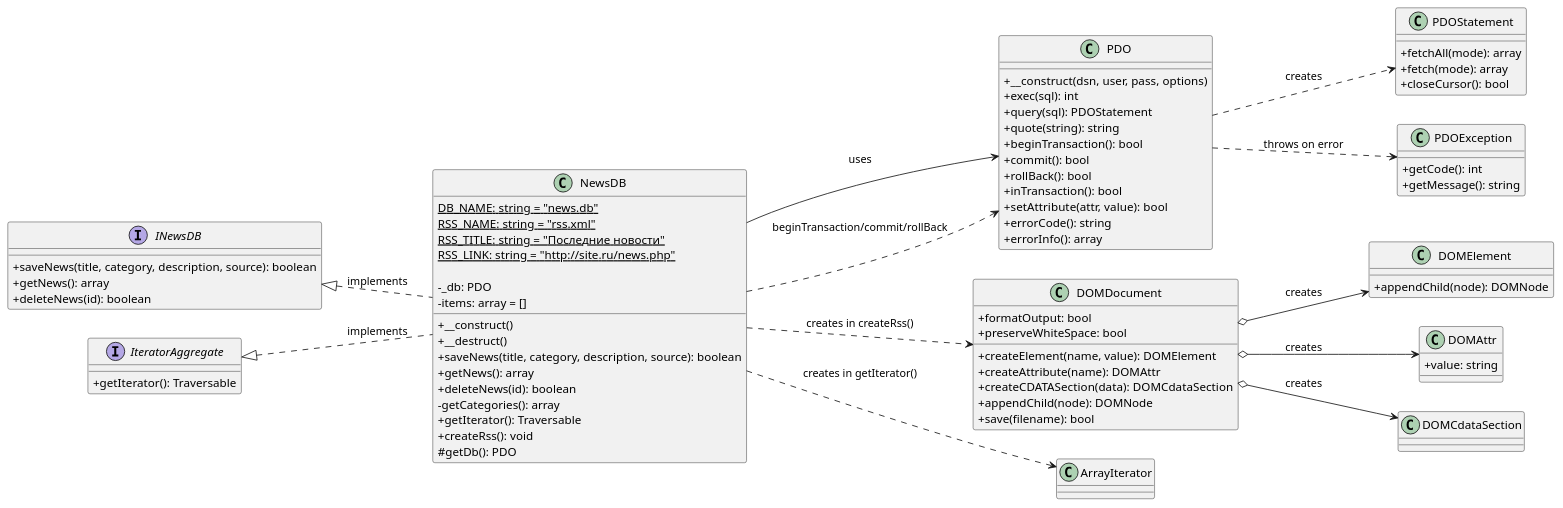
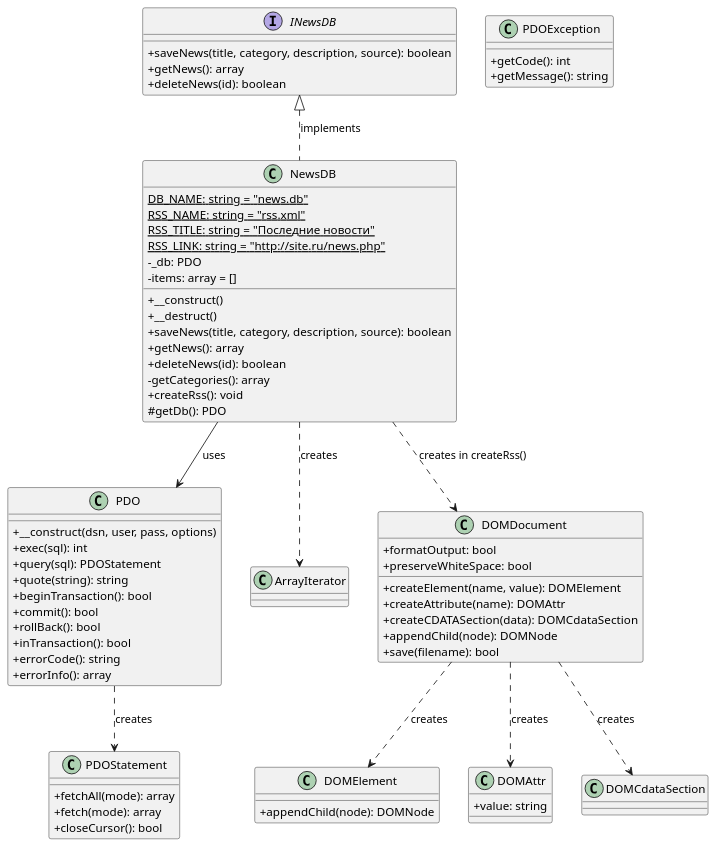
The diagram in lab6/lab6.puml (KapustinaLera/web), drawn with PlantUML before and after one commit.

```diff
--- a/lab6/lab6.puml
+++ b/lab6/lab6.puml
@@ -1,102 +1,88 @@
 @startuml Lab6_PDO
 skinparam classAttributeIconSize 0
-left to right direction
 
 interface INewsDB {
   +saveNews(title, category, description, source): boolean
   +getNews(): array
   +deleteNews(id): boolean
 }
 
-interface IteratorAggregate {
-  +getIterator(): Traversable
-}
-
 class NewsDB {
   {static} DB_NAME: string = "news.db"
   {static} RSS_NAME: string = "rss.xml"
   {static} RSS_TITLE: string = "Последние новости"
   {static} RSS_LINK: string = "http://site.ru/news.php"
-  
   -_db: PDO
   -items: array = []
-  
   +__construct()
   +__destruct()
   +saveNews(title, category, description, source): boolean
   +getNews(): array
   +deleteNews(id): boolean
   -getCategories(): array
-  +getIterator(): Traversable
   +createRss(): void
   #getDb(): PDO
 }
 
 class PDO {
   +__construct(dsn, user, pass, options)
   +exec(sql): int
   +query(sql): PDOStatement
   +quote(string): string
   +beginTransaction(): bool
   +commit(): bool
   +rollBack(): bool
   +inTransaction(): bool
-  +setAttribute(attr, value): bool
   +errorCode(): string
   +errorInfo(): array
 }
 
 class PDOStatement {
   +fetchAll(mode): array
   +fetch(mode): array
   +closeCursor(): bool
 }
 
 class PDOException {
   +getCode(): int
   +getMessage(): string
 }
+
+class ArrayIterator
 
 class DOMDocument {
   +formatOutput: bool
   +preserveWhiteSpace: bool
   +createElement(name, value): DOMElement
   +createAttribute(name): DOMAttr
   +createCDATASection(data): DOMCdataSection
   +appendChild(node): DOMNode
   +save(filename): bool
 }
 
 class DOMElement {
   +appendChild(node): DOMNode
 }
 
 class DOMAttr {
   +value: string
 }
 
 class DOMCdataSection
 
-class ArrayIterator
+INewsDB <|.. NewsDB : implements
 
-' Реализация интерфейсов
-INewsDB <|.. NewsDB : implements
-IteratorAggregate <|.. NewsDB : implements
-
+' NewsDB использует PDO вместо SQLite3
 NewsDB --> PDO : uses
 PDO ..> PDOStatement : creates
-PDO ..> PDOException : throws on error
 
-' Транзакции в конструкторе
-NewsDB ..> PDO : beginTransaction/commit/rollBack
+' Создание итератора для категорий
+NewsDB ..> ArrayIterator : creates
 
-' Итераторы
-NewsDB ..> ArrayIterator : creates in getIterator()
-
-' RSS через DOM (из 5-й лабы)
+' Создание RSS через DOM
 NewsDB ..> DOMDocument : creates in createRss()
-DOMDocument o--> DOMElement : creates
-DOMDocument o--> DOMAttr : creates
-DOMDocument o--> DOMCdataSection : creates
+DOMDocument ..> DOMElement : creates
+DOMDocument ..> DOMAttr : creates
+DOMDocument ..> DOMCdataSection : creates
 
 @enduml
```
